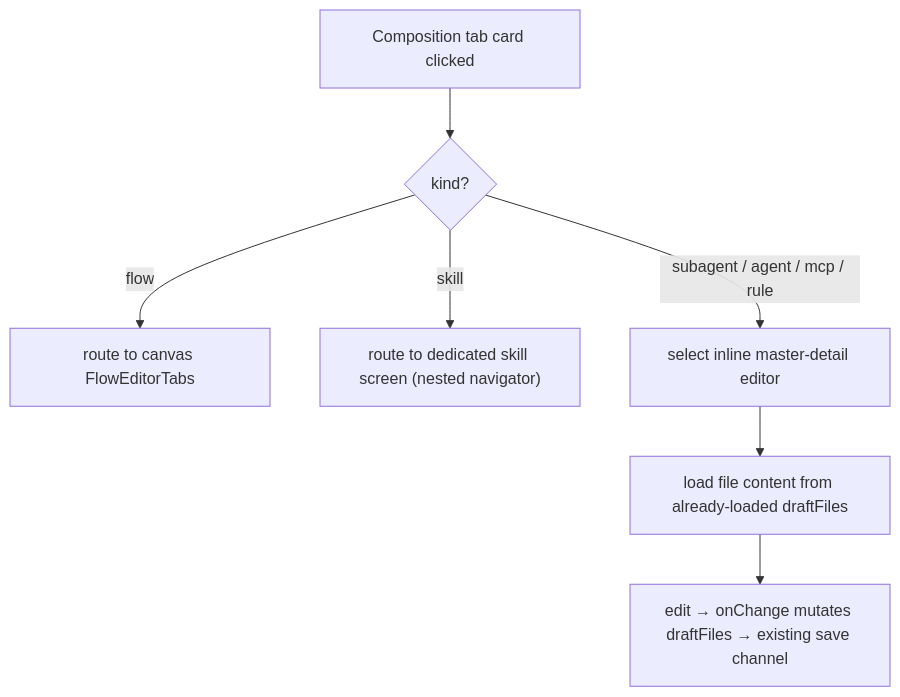
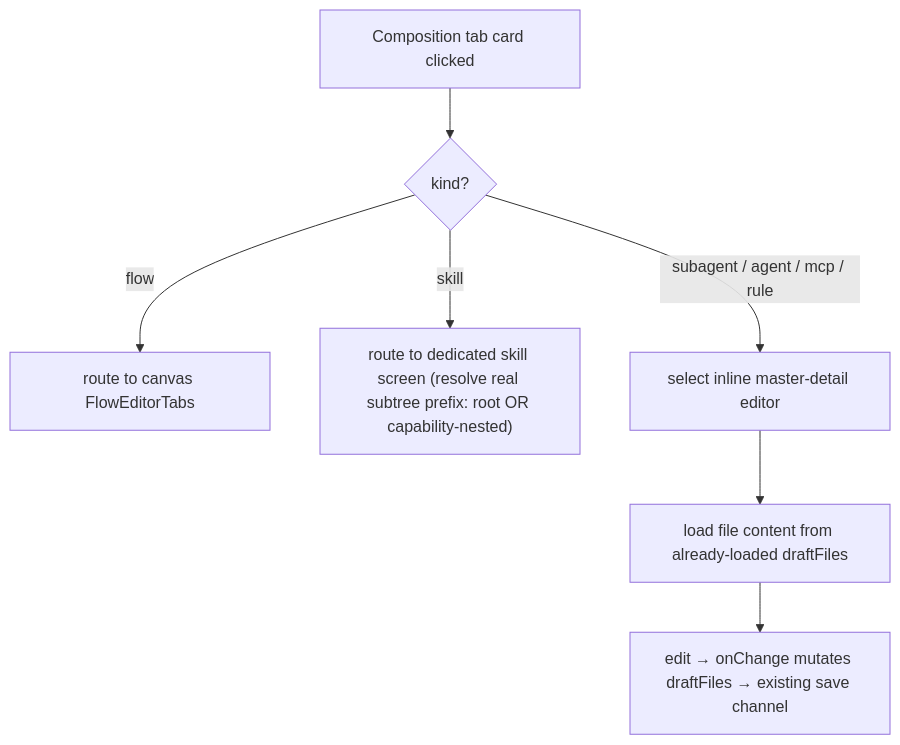
The ninth of 12 diagrams in docs/system-analytics/local-packages.md (maister-dev/maister), drawn with Mermaid before and after one commit. The commit also changed other lines of this file, not shown here.

First line of the commit message:
docs(studio): sync local-packages.md for navigator + clickable cards + skill prefix

````diff
--- a/docs/system-analytics/local-packages.md
+++ b/docs/system-analytics/local-packages.md
@@ -434,9 +437,9 @@
 ```mermaid
 flowchart TD
     A[Composition tab card clicked] --> B{kind?}
     B -->|flow| C[route to canvas FlowEditorTabs]
-    B -->|skill| D["route to dedicated skill screen (nested navigator)"]
+    B -->|skill| D["route to dedicated skill screen (resolve real subtree prefix: root OR capability-nested)"]
     B -->|subagent / agent / mcp / rule| E[select inline master-detail editor]
     E --> F[load file content from already-loaded draftFiles]
     F --> G[edit → onChange mutates draftFiles → existing save channel]
 ```
````
